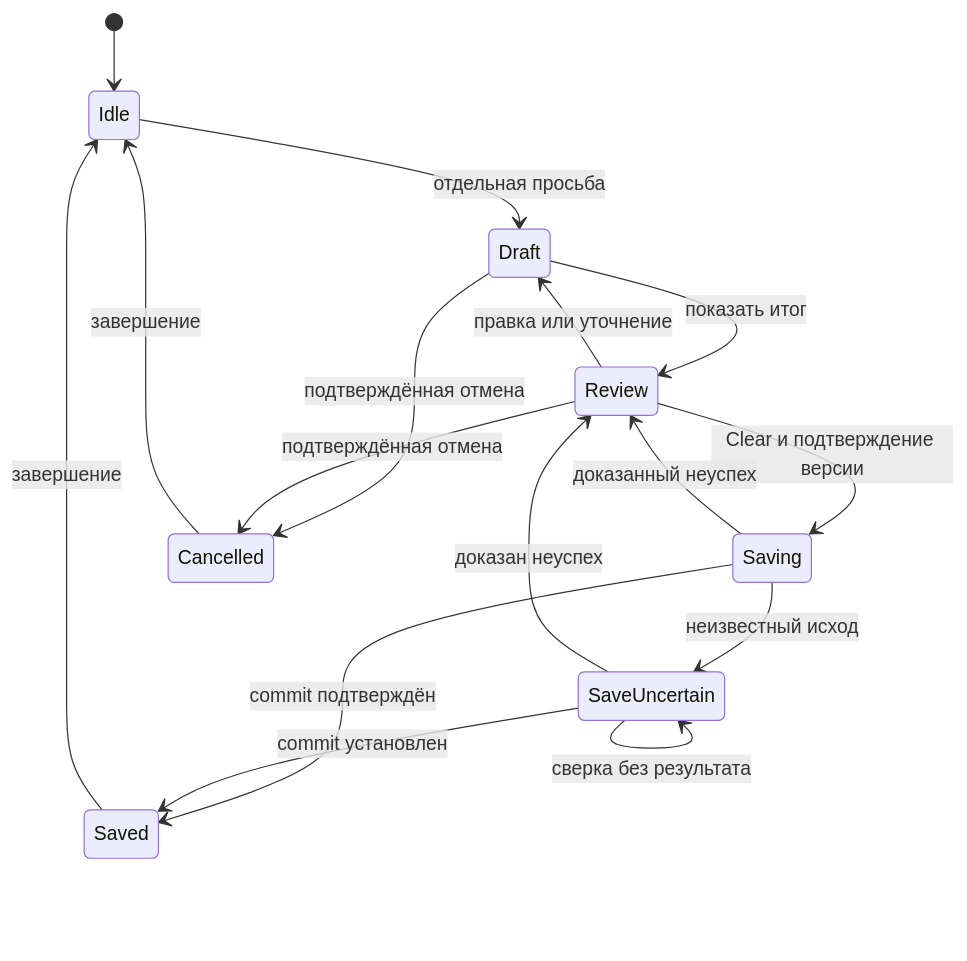
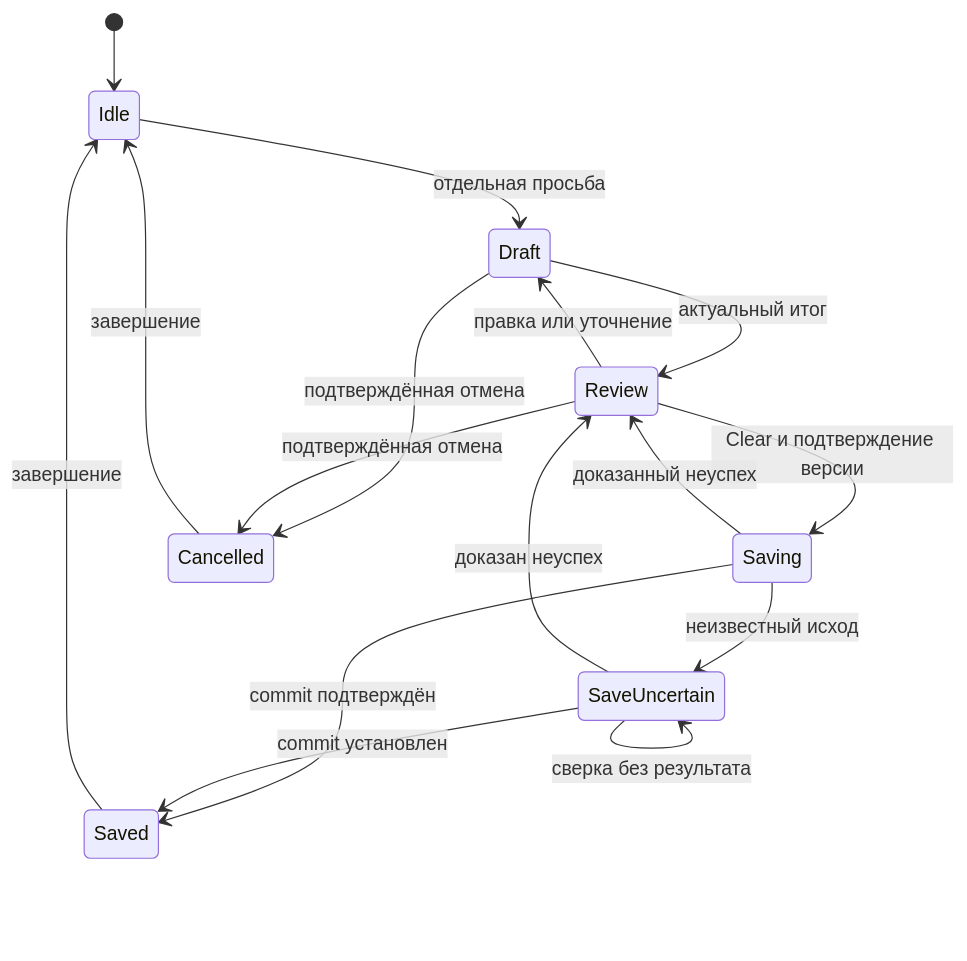
Before and after one commit to uralmetal/cbt-therapy-assistent: the second of 3 diagrams in docs/architecture/architecture-overview.md, drawn with Mermaid. The commit also changed other lines of this file and 11 other files, not shown here.

Commit message:
docs(architecture): address customer review and research stateless Render stack

````diff
--- a/docs/architecture/architecture-overview.md
+++ b/docs/architecture/architecture-overview.md
@@ -43,18 +44,18 @@
 ```mermaid
 stateDiagram-v2
   [*] --> Idle
   Idle --> Draft: отдельная просьба
-  Draft --> Review: показать итог
+  Draft --> Review: актуальный итог
   Review --> Draft: правка или уточнение
   Review --> Saving: Clear и подтверждение версии
   Saving --> Saved: commit подтверждён
   Saving --> Review: доказанный неуспех
   Saving --> SaveUncertain: неизвестный исход
   SaveUncertain --> SaveUncertain: сверка без результата
   SaveUncertain --> Saved: commit установлен
   SaveUncertain --> Review: доказан неуспех
   Draft --> Cancelled: подтверждённая отмена
   Review --> Cancelled: подтверждённая отмена
   Saved --> Idle: завершение
   Cancelled --> Idle: завершение
 ```
````
